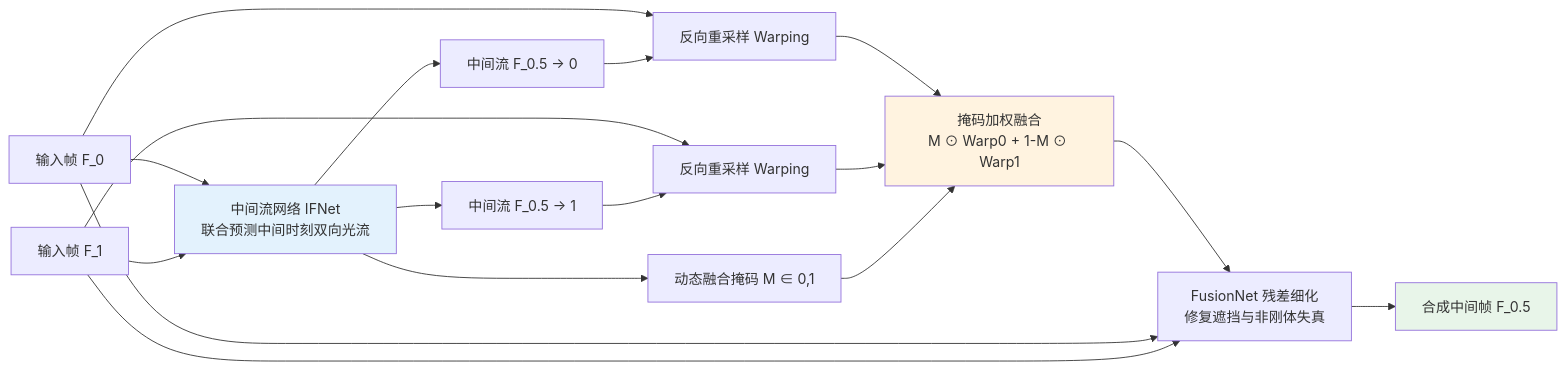
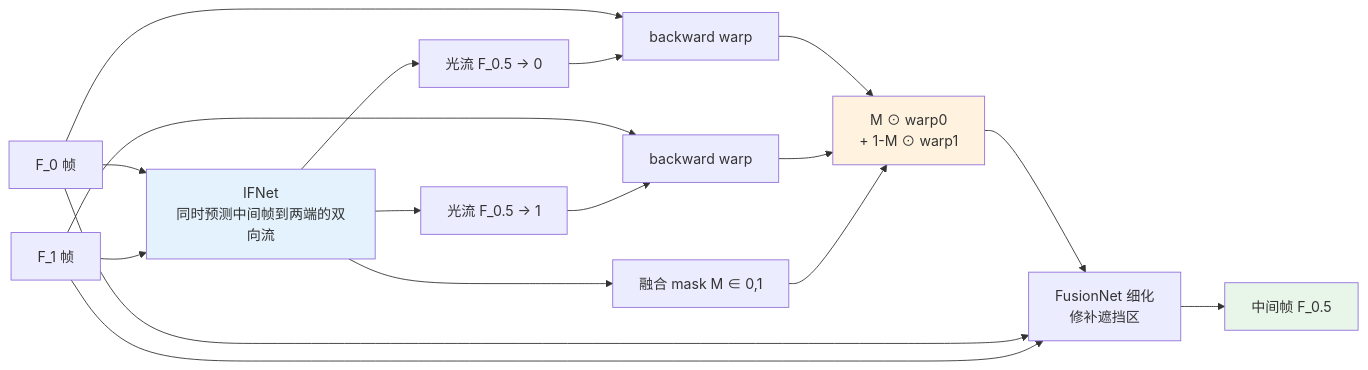
The third of 3 diagrams in chapters/14-video-models.md (yingwang/image-enhancement-guide), drawn with Mermaid before and after one commit. The commit also changed other lines of this file and 18 other files, not shown here.

````diff
--- a/chapters/14-video-models.md
+++ b/chapters/14-video-models.md
@@ -352,23 +387,23 @@
 ```mermaid
 graph LR
-    F0[输入帧 F_0] --> IFNet[中间流网络 IFNet<br/>联合预测中间时刻双向光流]
-    F1[输入帧 F_1] --> IFNet
-    IFNet --> Fto0[中间流 F_0.5 → 0]
-    IFNet --> Fto1[中间流 F_0.5 → 1]
-    IFNet --> Mask[动态融合掩码 M ∈ 0,1]
-    F0 --> Warp0[反向重采样 Warping]
+    F0[F_0 帧] --> IFNet[IFNet<br/>同时预测中间帧到两端的双向流]
+    F1[F_1 帧] --> IFNet
+    IFNet --> Fto0[光流 F_0.5 → 0]
+    IFNet --> Fto1[光流 F_0.5 → 1]
+    IFNet --> Mask[融合 mask M ∈ 0,1]
+    F0 --> Warp0[backward warp]
     Fto0 --> Warp0
-    F1 --> Warp1[反向重采样 Warping]
+    F1 --> Warp1[backward warp]
     Fto1 --> Warp1
-    Warp0 --> Blend[掩码加权融合<br/>M ⊙ Warp0 + 1-M ⊙ Warp1]
+    Warp0 --> Blend[M ⊙ warp0<br/>+ 1-M ⊙ warp1]
     Warp1 --> Blend
     Mask --> Blend
-    Blend --> Refine[FusionNet 残差细化<br/>修复遮挡与非刚体失真]
+    Blend --> Refine[FusionNet 细化<br/>修补遮挡区]
     F0 --> Refine
     F1 --> Refine
-    Refine --> Mid[合成中间帧 F_0.5]
+    Refine --> Mid[中间帧 F_0.5]
 
     style IFNet fill:#e3f2fd
     style Blend fill:#fff3e0
     style Mid fill:#e8f5e9
 ```
````
